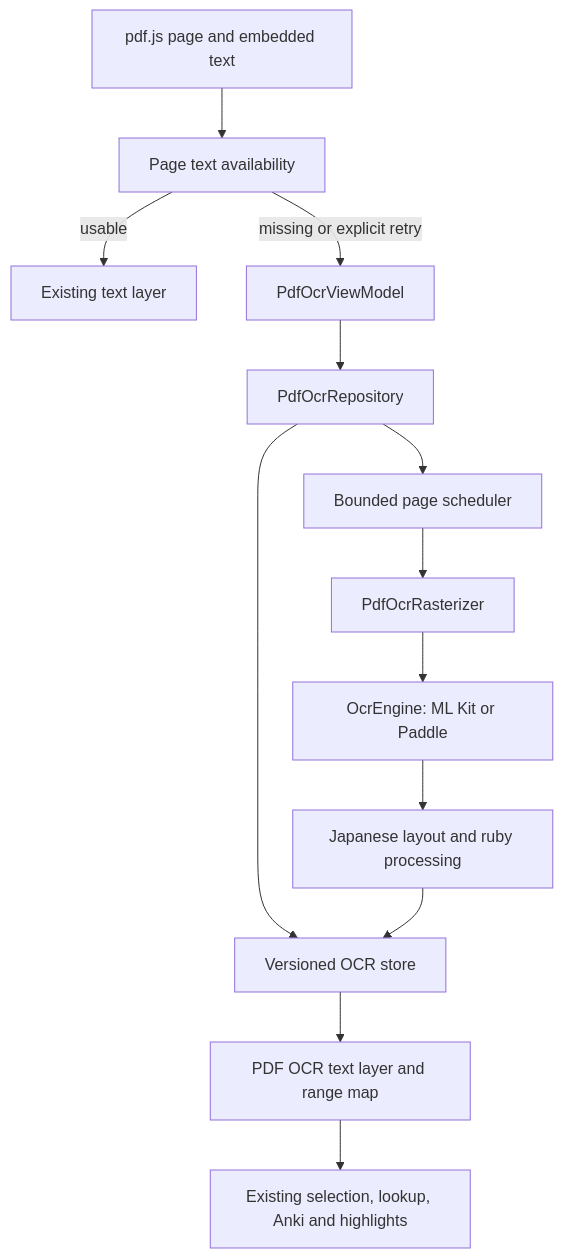
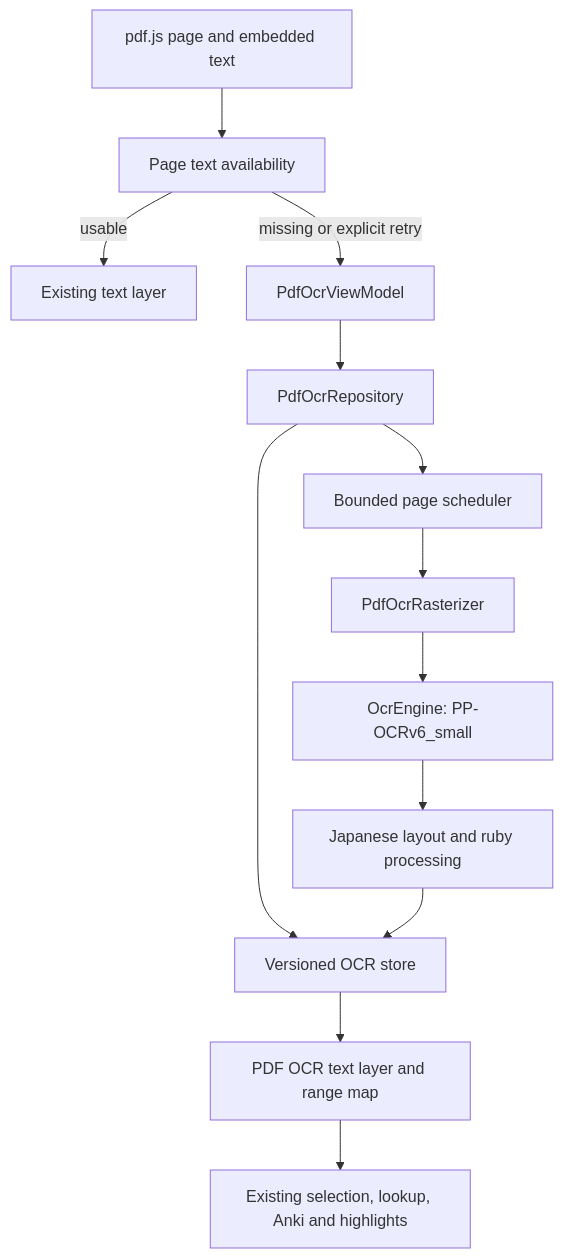
Before and after one commit to nam03021vnmac/Hoshi-Reader-Android: the diagram in docs/OCR_ARCHITECTURE.md, drawn with Mermaid. The commit also changed other lines of this file and 14 other files, not shown here.

First line of the commit message:
feat(pdf-ocr): replace ML Kit with PP-OCRv6_small on ONNX Runtime

````diff
--- a/docs/OCR_ARCHITECTURE.md
+++ b/docs/OCR_ARCHITECTURE.md
@@ -135,15 +132,15 @@
 ```mermaid
 flowchart TD
     PDF[pdf.js page and embedded text] --> Probe[Page text availability]
     Probe -->|usable| Embedded[Existing text layer]
     Probe -->|missing or explicit retry| VM[PdfOcrViewModel]
     VM --> Repo[PdfOcrRepository]
     Repo --> Cache[Versioned OCR store]
     Repo --> Queue[Bounded page scheduler]
     Queue --> Raster[PdfOcrRasterizer]
-    Raster --> Engine[OcrEngine: ML Kit or Paddle]
+    Raster --> Engine[OcrEngine: PP-OCRv6_small]
     Engine --> Post[Japanese layout and ruby processing]
     Post --> Cache
     Cache --> Layer[PDF OCR text layer and range map]
     Layer --> Lookup[Existing selection, lookup, Anki and highlights]
 ```
````
